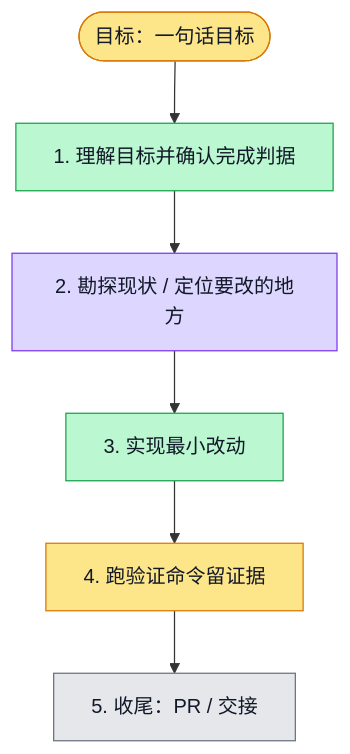
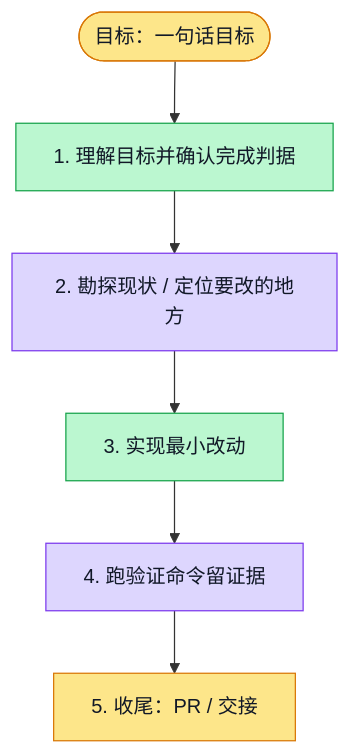
The diagram in docs/design/i18n-activity/notification-response-lifecycle.plan.md (boardx/workspacex), drawn with Mermaid before and after one commit. The commit also changed other lines of this file and 10 other files, not shown here.

Commit message:
docs(i18n): record fresh profile lifecycle acceptance and cleanup

````diff
--- a/docs/design/i18n-activity/notification-response-lifecycle.plan.md
+++ b/docs/design/i18n-activity/notification-response-lifecycle.plan.md
@@ -17,25 +17,26 @@
 ```mermaid
 flowchart TD
   G([目标：一句话目标])
   S1[1. 理解目标并确认完成判据]
   S2[2. 勘探现状 / 定位要改的地方]
   S3[3. 实现最小改动]
   S4[4. 跑验证命令留证据]
   S5[5. 收尾：PR / 交接]
 
   G --> S1 --> S2 --> S3 --> S4 --> S5
 
   classDef todo fill:#e5e7eb,stroke:#6b7280,color:#111827
   classDef doing fill:#fde68a,stroke:#d97706,color:#111827
   classDef done fill:#bbf7d0,stroke:#16a34a,color:#111827
   classDef tested fill:#ddd6fe,stroke:#7c3aed,color:#111827
   classDef blocked fill:#fecaca,stroke:#dc2626,color:#111827
 
   class G doing
   class S1 done
   class S2 tested
   %% evidence S2: evidence/i18n-activity-6145/notification-lifecycle-red.log and notification-lifecycle-trace-summary.json; exact real candidate failure
   class S3 done
-  class S4 doing
-  class S5 todo
+  class S4 tested
+  %% evidence S4: notification-lifecycle-browser.log 1/1 23.2s total1m8 cleanup1s; type3/3 57.301s; eslint0; canonical70configs12live; all11listeners0 and containers0
+  class S5 doing
 ```
````
